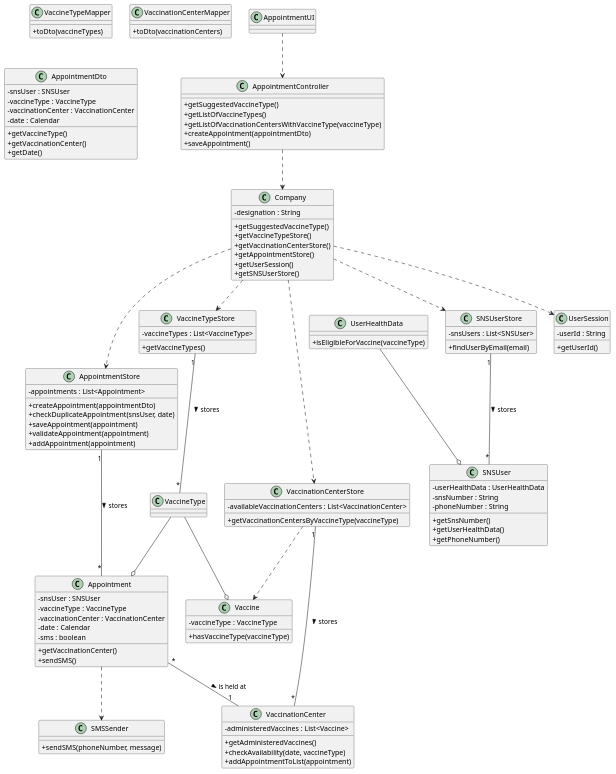
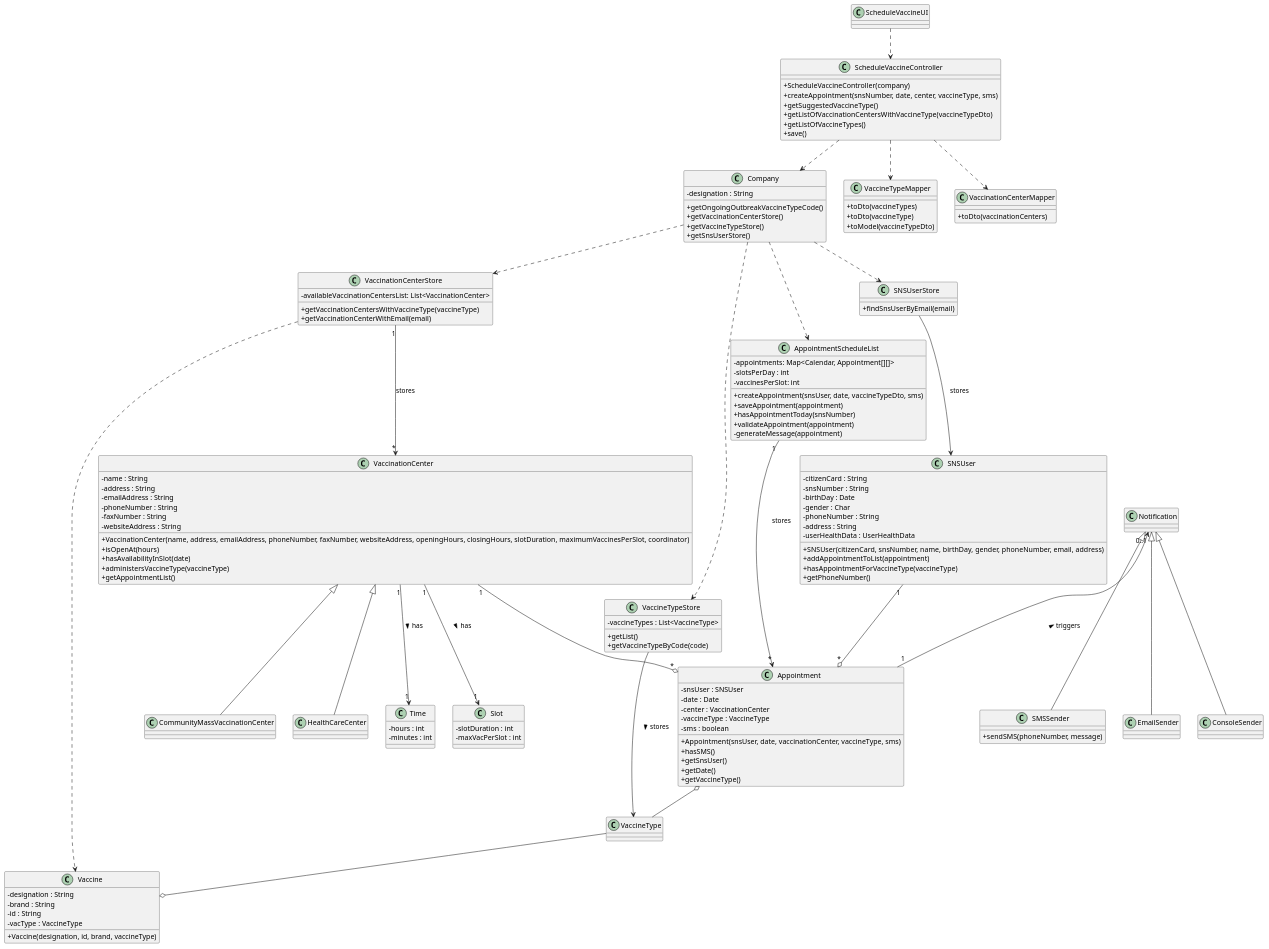
The diagram in docs/SprintC/US01/CD/US01_CD.puml (miseEnPlace-i/lapr2), drawn with PlantUML before and after one commit. The commit also changed 1 other file, not shown here.

```diff
--- a/docs/SprintC/US01/CD/US01_CD.puml
+++ b/docs/SprintC/US01/CD/US01_CD.puml
@@ -1,143 +1,169 @@
 @startuml US01_CD
 skinparam classAttributeIconSize 0
 
-class AppointmentUI {
-
+class Appointment {
+  - snsUser : SNSUser
+  - date : Date
+  - center : VaccinationCenter
+  - vaccineType : VaccineType
+  - sms : boolean
+  +Appointment(snsUser, date, vaccinationCenter, vaccineType, sms)
+  +hasSMS()
+  +getSnsUser()
+  +getDate()
+  +getVaccineType()
 }
 
-class AppointmentController {
-  +getSuggestedVaccineType()
-  +getListOfVaccineTypes()
-  +getListOfVaccinationCentersWithVaccineType(vaccineType)
-  +createAppointment(appointmentDto)
-  +saveAppointment()
+class AppointmentScheduleList {
+  -appointments: Map<Calendar, Appointment[][]>
+  -slotsPerDay : int
+  -vaccinesPerSlot: int
+  +createAppointment(snsUser, date, vaccineTypeDto, sms)
+  +saveAppointment(appointment)
+  +hasAppointmentToday(snsNumber)
+  +validateAppointment(appointment)
+  -generateMessage(appointment)
 }
 
-class Appointment {
-  -snsUser : SNSUser
-  -vaccineType : VaccineType
-  -vaccinationCenter : VaccinationCenter
-  -date : Calendar
-  -sms : boolean
-  +getVaccinationCenter()
-  +sendSMS()
+class Vaccine   {
+  -designation : String
+  -brand : String
+  -id : String
+  -vacType : VaccineType
+
+  +Vaccine(designation, id, brand, vaccineType)
+}
+
+class ScheduleVaccineUI {}
+
+class ScheduleVaccineController {
+  +ScheduleVaccineController(company)
+  +createAppointment(snsNumber, date, center, vaccineType, sms)
+  +getSuggestedVaccineType()
+  +getListOfVaccinationCentersWithVaccineType(vaccineTypeDto)
+  +getListOfVaccineTypes()
+  +save()
+}
+
+class Company {
+  -designation : String
+  +getOngoingOutbreakVaccineTypeCode()
+  +getVaccinationCenterStore()
+  +getVaccineTypeStore()
+  +getSnsUserStore()
+}
+
+class SNSUser {
+  -citizenCard : String 
+  -snsNumber : String 
+  -birthDay : Date 
+  -gender : Char
+  -phoneNumber : String 
+  -address : String
+  -userHealthData : UserHealthData
+  +SNSUser(citizenCard, snsNumber, name, birthDay, gender, phoneNumber, email, address)
+  +addAppointmentToList(appointment)
+  +hasAppointmentForVaccineType(vaccineType)
+  +getPhoneNumber()
+}
+
+class VaccinationCenter{
+  -name : String
+  -address : String
+  -emailAddress : String
+  -phoneNumber : String
+  -faxNumber : String
+  -websiteAddress : String
+  +VaccinationCenter(name, address, emailAddress, phoneNumber, faxNumber, websiteAddress, openingHours, closingHours, slotDuration, maximumVaccinesPerSlot, coordinator)
+  +isOpenAt(hours)
+  +hasAvailabilityInSlot(date)
+  +administersVaccineType(vaccineType)
+  +getAppointmentList()
+}
+
+class Time {
+  -hours : int
+  -minutes : int
+}
+
+class Slot {
+  -slotDuration : int
+  -maxVacPerSlot : int
+}
+
+class VaccinationCenterStore {
+  -availableVaccinationCentersList: List<VaccinationCenter>
+  +getVaccinationCentersWithVaccineType(vaccineType)
+  +getVaccinationCenterWithEmail(email)
+}
+
+class VaccineType {}
+
+class VaccineTypeStore {
+  -vaccineTypes : List<VaccineType>
+  +getList()
+  +getVaccineTypeByCode(code)
 }
 
 class SMSSender {
   +sendSMS(phoneNumber, message)
 }
 
-class AppointmentStore {
-  -appointments : List<Appointment>
-  +createAppointment(appointmentDto)
-  +checkDuplicateAppointment(snsUser, date)
-  +saveAppointment(appointment)
-  +validateAppointment(appointment)
-  +addAppointment(appointment)
-}
-
-class Company {
-  -designation : String
-  +getSuggestedVaccineType()
-  +getVaccineTypeStore()
-  +getVaccinationCenterStore()
-  +getAppointmentStore()
-  +getUserSession()
-  +getSNSUserStore()
-}
-
-class VaccinationCenter {
-  -administeredVaccines : List<Vaccine>
-  +getAdministeredVaccines()
-  +checkAvailability(date, vaccineType)
-  +addAppointmentToList(appointment)
-}
-
-class VaccinationCenterStore {
-  -availableVaccinationCenters : List<VaccinationCenter>  
-  +getVaccinationCentersByVaccineType(vaccineType)
-}
-
-class VaccineTypeStore {
-  -vaccineTypes : List<VaccineType>
-  +getVaccineTypes()
-}
-
-class Vaccine {
-  -vaccineType : VaccineType
-  +hasVaccineType(vaccineType)
-}
-
-class UserHealthData {
-  +isEligibleForVaccine(vaccineType)
-}
-
-class SNSUser {
-  -userHealthData : UserHealthData
-  -snsNumber : String
-  -phoneNumber : String
-  +getSnsNumber()
-  +getUserHealthData()
-  +getPhoneNumber()
-}
-
-class SNSUserStore {
-  -snsUsers : List<SNSUser>
-  +findUserByEmail(email)
-}
-
-class UserSession {
-  -userId : String
-  +getUserId()
-}
-
-class VaccineType {
-
-}
-
 class VaccineTypeMapper {
   +toDto(vaccineTypes)
+  +toDto(vaccineType)
+  +toModel(vaccineTypeDto)
 }
 
 class VaccinationCenterMapper {
   +toDto(vaccinationCenters)
 }
 
-class AppointmentDto {
-  -snsUser : SNSUser
-  -vaccineType : VaccineType
-  -vaccinationCenter : VaccinationCenter
-  -date : Calendar
-  +getVaccineType()
-  +getVaccinationCenter()
-  +getDate()
+class SNSUserStore {
+  +findSnsUserByEmail(email)                           
 }
 
-AppointmentUI ..> AppointmentController
+class CommunityMassVaccinationCenter {}
 
-AppointmentController ..> Company
+class HealthCareCenter {}
 
+
+ScheduleVaccineUI ..> ScheduleVaccineController
+
+ScheduleVaccineController ..> Company
+ScheduleVaccineController ..> VaccinationCenterMapper
+ScheduleVaccineController ..> VaccineTypeMapper 
+
+Company ..> VaccinationCenterStore
 Company ..> VaccineTypeStore
-Company ..> VaccinationCenterStore
-Company ..> AppointmentStore
+Company ..> AppointmentScheduleList
 Company ..> SNSUserStore
-Company ..> UserSession
 
-AppointmentStore "1" -- "*" Appointment : stores >
-
-VaccinationCenterStore "1" -- "*" VaccinationCenter : stores >
+VaccinationCenterStore "1" --> "*" VaccinationCenter : stores
 VaccinationCenterStore ..> Vaccine
 
-SNSUserStore "1" -- "*" SNSUser : stores >
+SNSUser "1" --o "*" Appointment
 
-VaccineTypeStore "1" -- "*" VaccineType : stores >
+AppointmentScheduleList "1" --> "*" Appointment : stores
 
-Appointment "*" -- "1" VaccinationCenter : is held at >
-Appointment ..> SMSSender
+Appointment o-- VaccineType
 
-VaccineType --o Vaccine
-VaccineType --o Appointment
+Notification "0..1" <-- "1" Appointment : triggers <
 
-UserHealthData --o SNSUser
+Notification <|-- SMSSender
+Notification <|-- EmailSender
+Notification <|-- ConsoleSender
+
+VaccineType --o Vaccine 
+
+VaccineTypeStore --> VaccineType : stores > 
+
+SNSUserStore --> SNSUser : stores
+
+VaccinationCenter <|-- CommunityMassVaccinationCenter
+VaccinationCenter <|-- HealthCareCenter
+VaccinationCenter "1" --o "*" Appointment
+VaccinationCenter "1" --> "1" Slot : has >
+VaccinationCenter "1" --> "1" Time : has >
 
 @enduml
```
